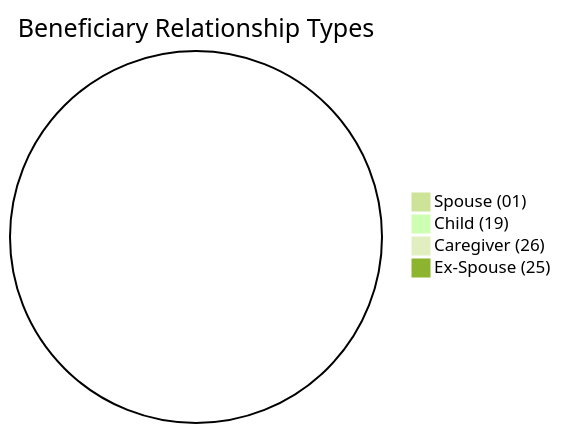
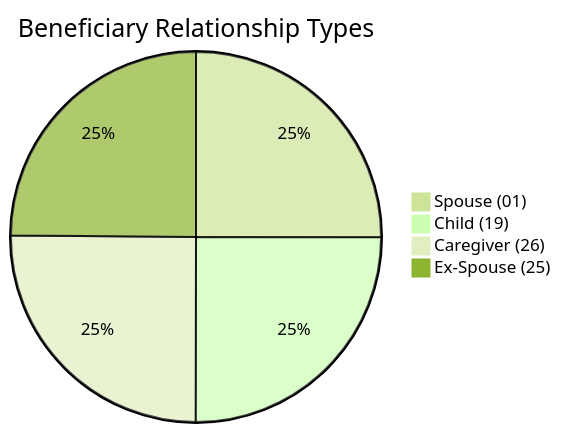
The eighth of 10 diagrams in test-tools/DataGen/src/Statistics_Visualizer.md (dhagan-va/intern-2025), drawn with Mermaid (forest theme) before and after one commit. The commit also changed other lines of this file and 2 other files, not shown here.

````diff
--- a/test-tools/DataGen/src/Statistics_Visualizer.md
+++ b/test-tools/DataGen/src/Statistics_Visualizer.md
@@ -88,7 +88,7 @@
 ```mermaid
 pie title Beneficiary Relationship Types
-    "Spouse (01)" : 0
-    "Child (19)" : 0
-    "Caregiver (26)" : 0
-    "Ex-Spouse (25)" : 0
+    "Spouse (01)" : 25029
+    "Child (19)" : 24999
+    "Caregiver (26)" : 25098
+    "Ex-Spouse (25)" : 24874
 ```
````
